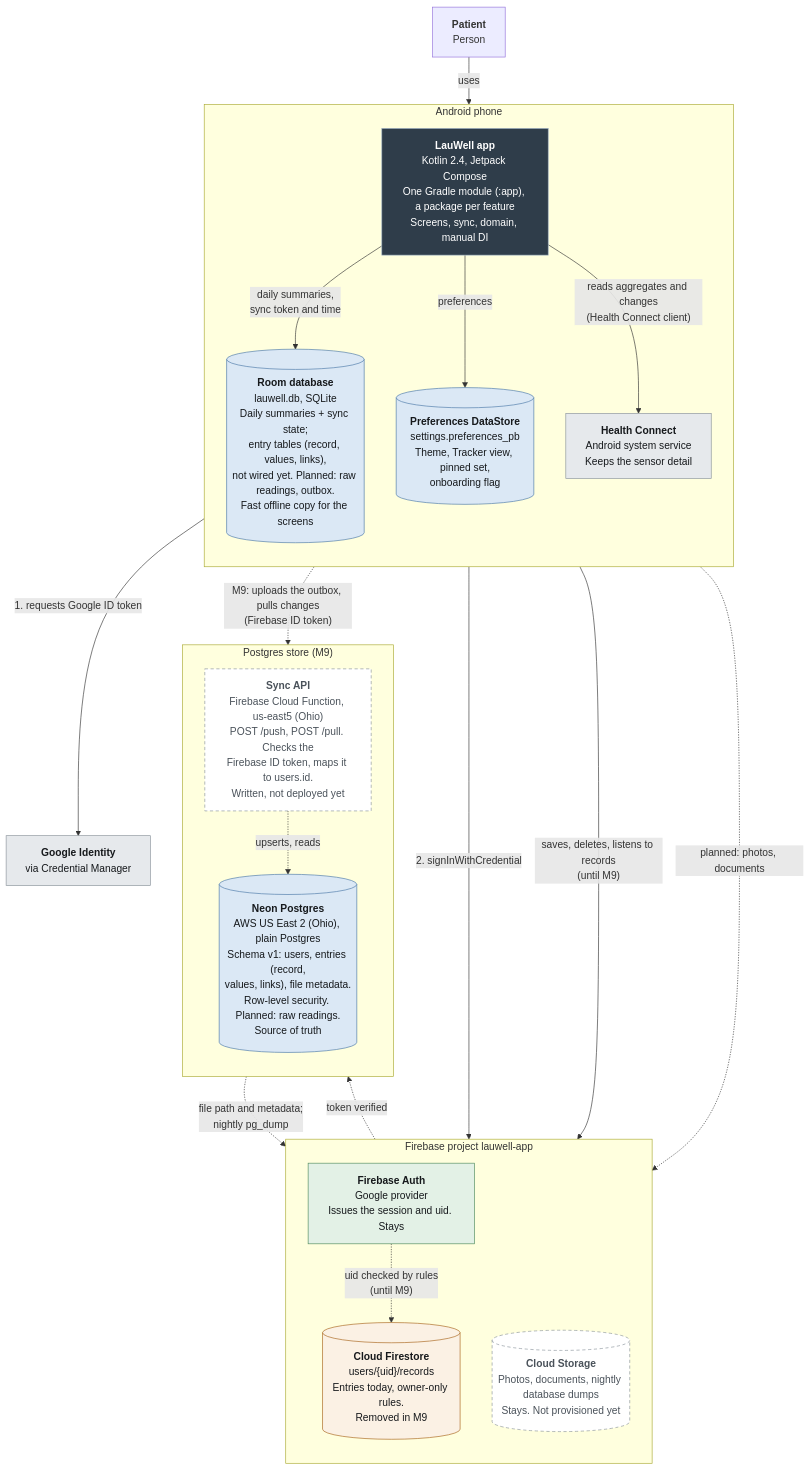
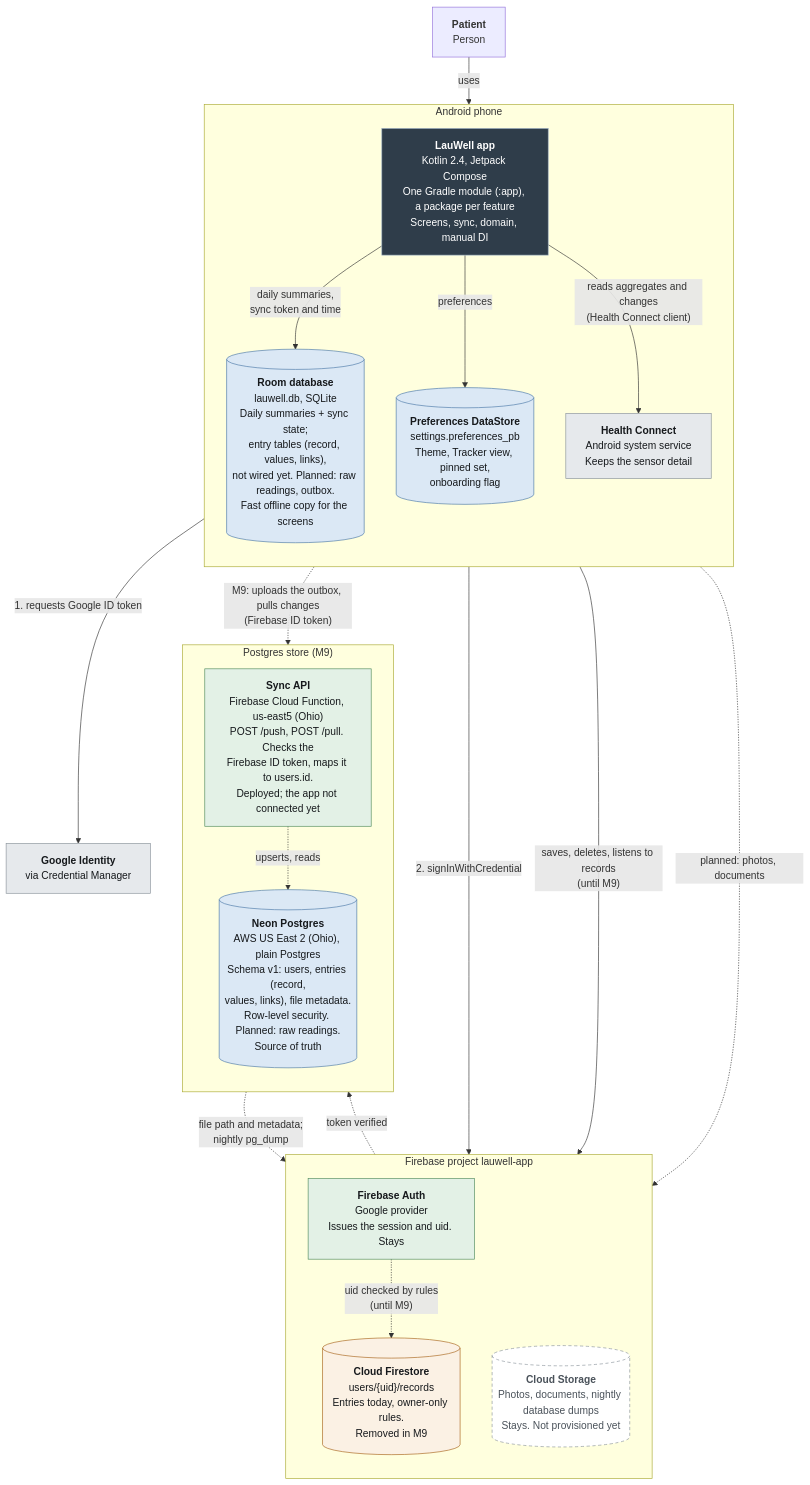
The diagram in docs/architecture/c4/c4-2-containers.mmd (Laul/LauWell), drawn with Mermaid before and after one commit. The commit also changed 3 other files, not shown here.

Commit message:
[docs] C4: the sync API is deployed (us-east5); the app not connected yet

```diff
--- a/docs/architecture/c4/c4-2-containers.mmd
+++ b/docs/architecture/c4/c4-2-containers.mmd
@@ -1,48 +1,48 @@
 %% C4 level 2 - Containers. Solid = built, dashed = planned, amber = built and being removed (M9).
-%% Updated 2026-11-11: Neon provisioned with schema v1; the sync API written (backend/api), not deployed yet.
+%% Updated 2026-11-11: Neon provisioned with schema v1; the sync API deployed (backend/api), the app not connected yet.
 flowchart TB
   classDef app fill:#2f3d4a,stroke:#9fb2c4,color:#ffffff
   classDef store fill:#dbe8f5,stroke:#4b78a8,color:#16191C
   classDef cloud fill:#e3f1e6,stroke:#4f8a5c,color:#16191C
   classDef ext fill:#e6e9ec,stroke:#8a939b,color:#16191C
   classDef planned fill:#ffffff,stroke:#8a939b,color:#4a525a,stroke-dasharray:5 4
   classDef retiring fill:#fbf1e4,stroke:#a8641a,color:#16191C
 
   P["<b>Patient</b><br/>Person"]
 
   subgraph PHONE["Android phone"]
     direction TB
     APP["<b>LauWell app</b><br/>Kotlin 2.4, Jetpack Compose<br/>One Gradle module (:app), a package per feature<br/>Screens, sync, domain, manual DI"]:::app
     ROOM[("<b>Room database</b><br/>lauwell.db, SQLite<br/>Daily summaries + sync state;<br/>entry tables (record, values, links),<br/>not wired yet. Planned: raw readings, outbox.<br/>Fast offline copy for the screens")]:::store
     DS[("<b>Preferences DataStore</b><br/>settings.preferences_pb<br/>Theme, Tracker view, pinned set,<br/>onboarding flag")]:::store
     HC["<b>Health Connect</b><br/>Android system service<br/>Keeps the sensor detail"]:::ext
   end
 
   subgraph FIREBASE["Firebase project lauwell-app"]
     direction TB
     AUTH["<b>Firebase Auth</b><br/>Google provider<br/>Issues the session and uid. Stays"]:::cloud
     ST[("<b>Cloud Storage</b><br/>Photos, documents, nightly database dumps<br/>Stays. Not provisioned yet")]:::planned
     FS[("<b>Cloud Firestore</b><br/>users/{uid}/records<br/>Entries today, owner-only rules.<br/>Removed in M9")]:::retiring
   end
 
   subgraph STORE["Postgres store (M9)"]
     direction TB
-    API["<b>Sync API</b><br/>Firebase Cloud Function, us-east5 (Ohio)<br/>POST /push, POST /pull. Checks the<br/>Firebase ID token, maps it to users.id.<br/>Written, not deployed yet"]:::planned
+    API["<b>Sync API</b><br/>Firebase Cloud Function, us-east5 (Ohio)<br/>POST /push, POST /pull. Checks the<br/>Firebase ID token, maps it to users.id.<br/>Deployed; the app not connected yet"]:::cloud
     PG[("<b>Neon Postgres</b><br/>AWS US East 2 (Ohio), plain Postgres<br/>Schema v1: users, entries (record,<br/>values, links), file metadata.<br/>Row-level security. Planned: raw readings.<br/>Source of truth")]:::store
   end
 
   GI["<b>Google Identity</b><br/>via Credential Manager"]:::ext
 
   P -->|"uses"| APP
   APP -->|"daily summaries,<br/>sync token and time"| ROOM
   APP -->|"preferences"| DS
   APP -->|"reads aggregates and changes<br/>(Health Connect client)"| HC
   APP -->|"1. requests Google ID token"| GI
   APP -->|"2. signInWithCredential"| AUTH
   APP -->|"saves, deletes, listens to records<br/>(until M9)"| FS
   AUTH -.->|"uid checked by rules<br/>(until M9)"| FS
   APP -.->|"M9: uploads the outbox, pulls changes<br/>(Firebase ID token)"| API
   AUTH -.->|"token verified"| API
   API -.->|"upserts, reads"| PG
   APP -.->|"planned: photos, documents"| ST
   PG -.->|"file path and metadata;<br/>nightly pg_dump"| ST
```
